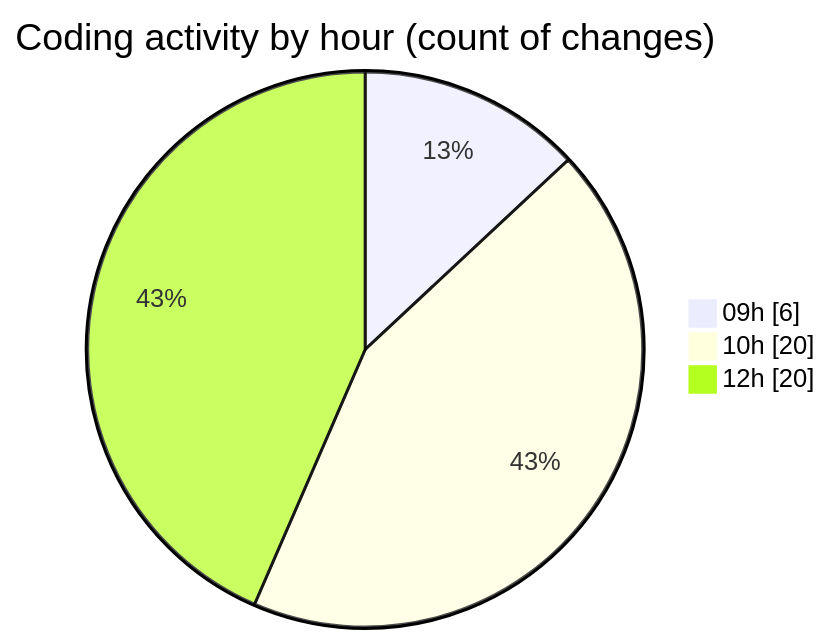
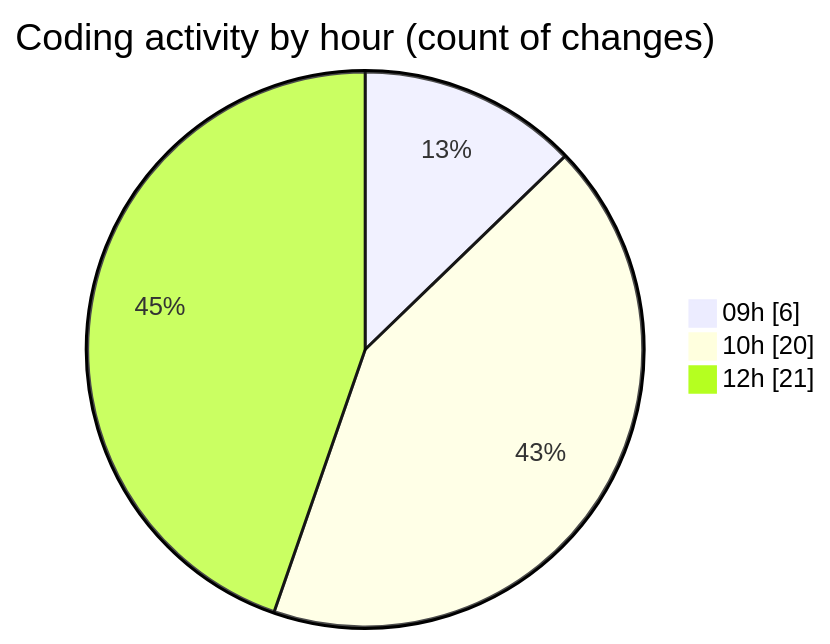
Before and after one commit to becaeroporto-bot/code-tracking: the second of 2 diagrams in 2026-02-18/bot_v1_2/README.md, drawn with Mermaid. The commit also changed other lines of this file and 1 other file, not shown here.

````diff
--- a/2026-02-18/bot_v1_2/README.md
+++ b/2026-02-18/bot_v1_2/README.md
@@ -53,7 +53,7 @@
 ```mermaid
 pie showData
 title Coding activity by hour (count of changes)
 "09h" : 6
 "10h" : 20
-"12h" : 20
+"12h" : 21
 ```
````
